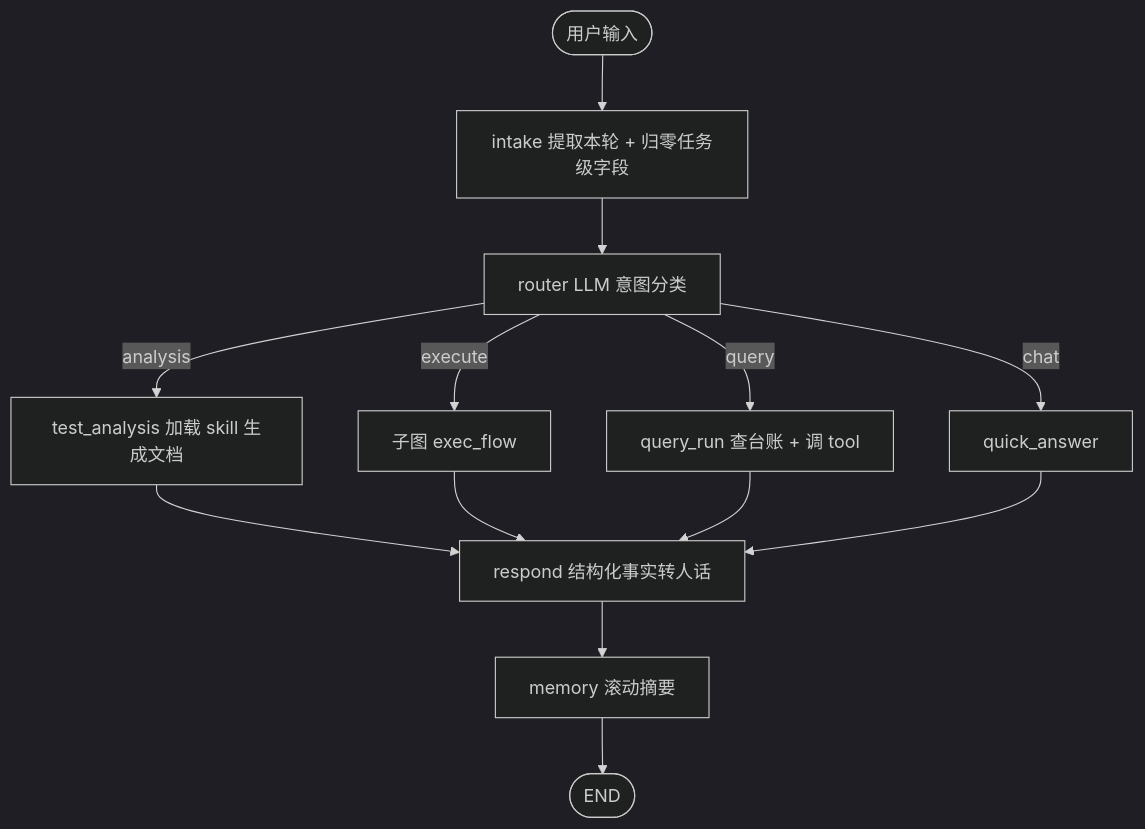
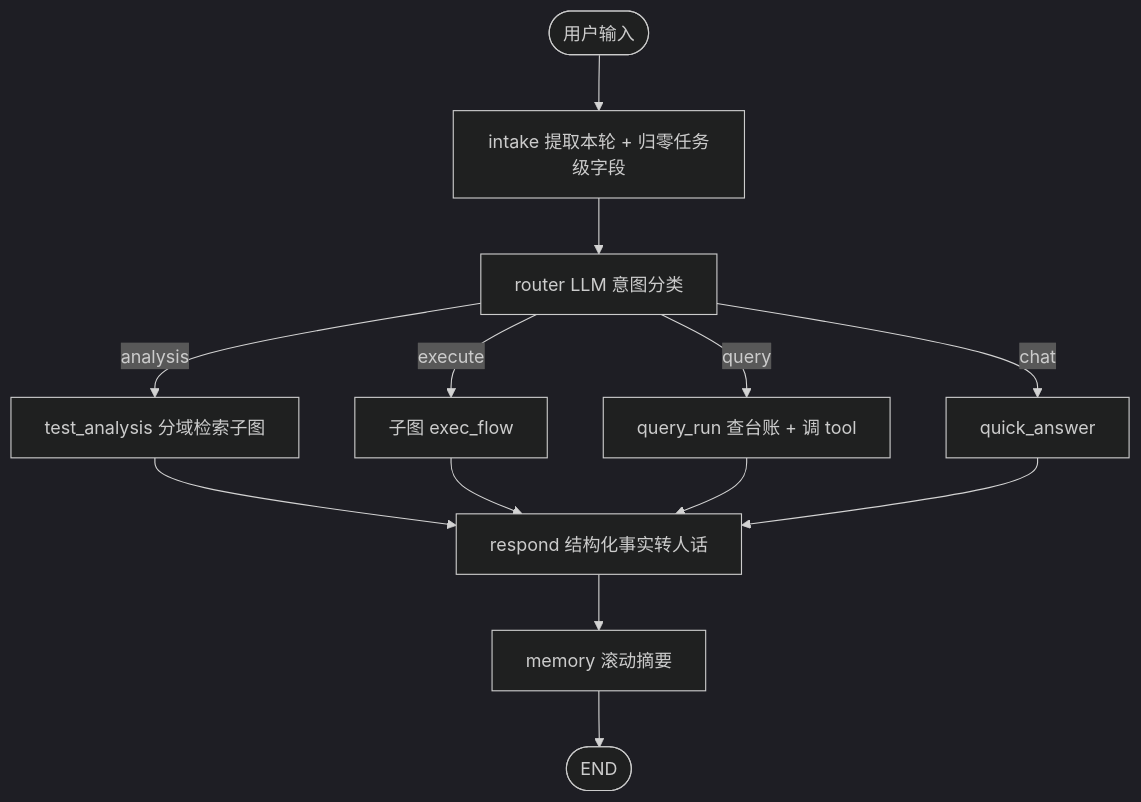
The first of 3 diagrams in docs/interview-guide.md (LuukkaToT/work_agent), drawn with Mermaid (dark theme) before and after one commit. The commit also changed other lines of this file and 46 other files, not shown here.

````diff
--- a/docs/interview-guide.md
+++ b/docs/interview-guide.md
@@ -50,17 +50,17 @@
 ```mermaid
 flowchart TD
   Start(["用户输入"]) --> Intake["intake 提取本轮 + 归零任务级字段"]
   Intake --> Router["router LLM 意图分类"]
-  Router -->|"analysis"| Analysis["test_analysis 加载 skill 生成文档"]
+  Router -->|"analysis"| Analysis["test_analysis 分域检索子图"]
   Router -->|"execute"| ExecFlow["子图 exec_flow"]
   Router -->|"query"| QueryRun["query_run 查台账 + 调 tool"]
   Router -->|"chat"| Chat["quick_answer"]
 
   Analysis --> Respond
   ExecFlow --> Respond
   QueryRun --> Respond
   Chat --> Respond
 
   Respond["respond 结构化事实转人话"] --> Memory["memory 滚动摘要"]
   Memory --> Finish(["END"])
 ```
````
